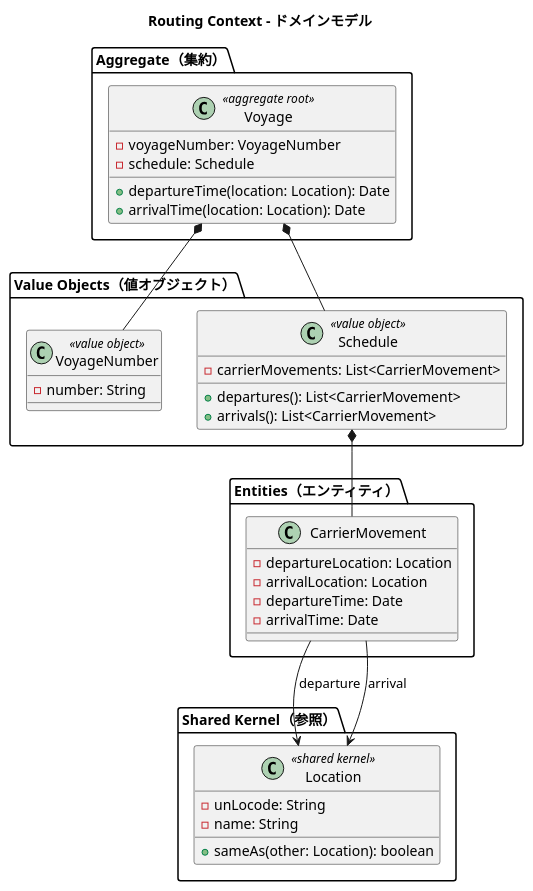
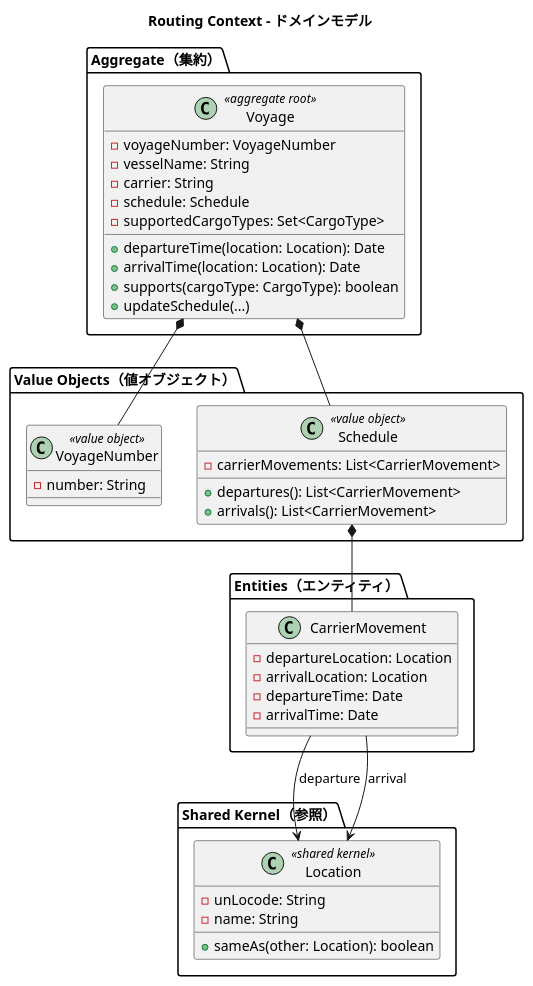
Before and after one commit to k2works/case-study-cargo-tracker: the fifth of 11 diagrams in docs/design/domain-model.md, drawn with PlantUML. The commit also changed other lines of this file and 3 other files, not shown here.

First line of the commit message:
docs(design): IT3 の設計是正を本体反映（voyage 拡張・CargoType 昇格・航路権限）

````diff
--- a/docs/design/domain-model.md
+++ b/docs/design/domain-model.md
@@ -564,49 +564,54 @@
 ```plantuml
 @startuml
 title Routing Context - ドメインモデル
 
 package "Aggregate（集約）" {
   class Voyage <<aggregate root>> {
     -voyageNumber: VoyageNumber
+    -vesselName: String
+    -carrier: String
     -schedule: Schedule
+    -supportedCargoTypes: Set<CargoType>
     +departureTime(location: Location): Date
     +arrivalTime(location: Location): Date
+    +supports(cargoType: CargoType): boolean
+    +updateSchedule(...)
   }
 }
 
 package "Value Objects（値オブジェクト）" {
   class VoyageNumber <<value object>> {
     -number: String
   }
   class Schedule <<value object>> {
     -carrierMovements: List<CarrierMovement>
     +departures(): List<CarrierMovement>
     +arrivals(): List<CarrierMovement>
   }
 }
 
 package "Entities（エンティティ）" {
   class CarrierMovement {
     -departureLocation: Location
     -arrivalLocation: Location
     -departureTime: Date
     -arrivalTime: Date
   }
 }
 
 package "Shared Kernel（参照）" {
   class Location <<shared kernel>> {
     -unLocode: String
     -name: String
     +sameAs(other: Location): boolean
   }
 }
 
 Voyage *-- VoyageNumber
 Voyage *-- Schedule
 Schedule *-- CarrierMovement
 CarrierMovement --> Location : departure
 CarrierMovement --> Location : arrival
 
 @enduml
 ```
````
